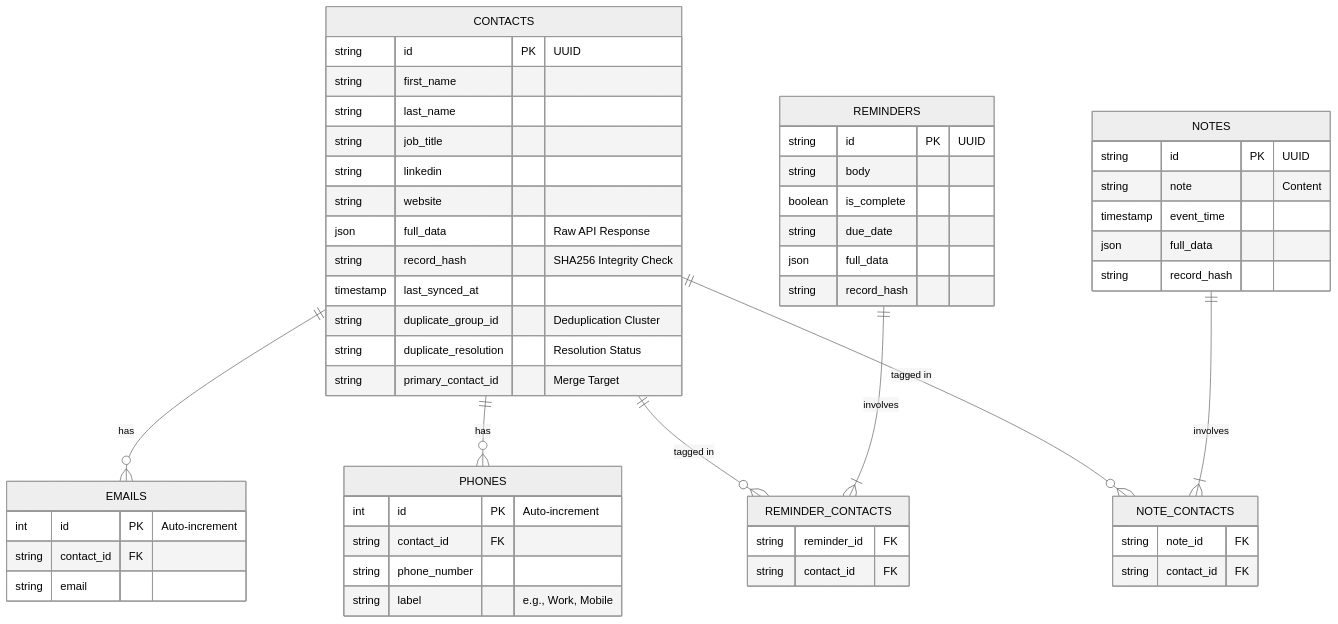
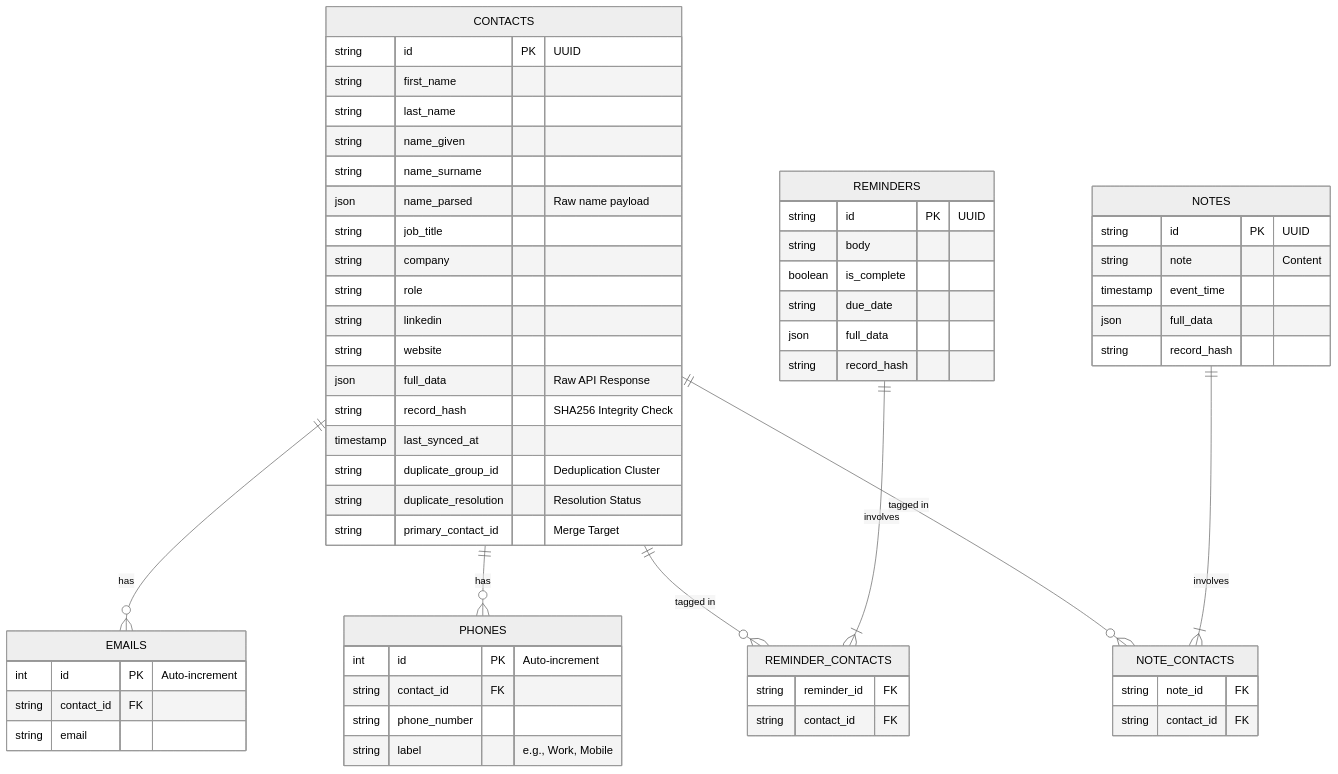
One commit to domfahey/dex-python changed the diagram in docs/planning/schema-erd.md. Above: the diagram before and after it, drawn with Mermaid (neutral theme). The commit also changed 24 other files, not shown here.

````diff
--- a/docs/planning/schema-erd.md
+++ b/docs/planning/schema-erd.md
@@ -5,65 +5,70 @@
 ```mermaid
 erDiagram
     CONTACTS ||--o{ EMAILS : has
     CONTACTS ||--o{ PHONES : has
     CONTACTS ||--o{ REMINDER_CONTACTS : "tagged in"
     CONTACTS ||--o{ NOTE_CONTACTS : "tagged in"
     
     REMINDERS ||--|{ REMINDER_CONTACTS : involves
     NOTES ||--|{ NOTE_CONTACTS : involves
 
     CONTACTS {
         string id PK "UUID"
         string first_name
         string last_name
+        string name_given
+        string name_surname
+        json name_parsed "Raw name payload"
         string job_title
+        string company
+        string role
         string linkedin
         string website
         json full_data "Raw API Response"
         string record_hash "SHA256 Integrity Check"
         timestamp last_synced_at
         string duplicate_group_id "Deduplication Cluster"
         string duplicate_resolution "Resolution Status"
         string primary_contact_id "Merge Target"
     }
 
     EMAILS {
         int id PK "Auto-increment"
         string contact_id FK
         string email
     }
 
     PHONES {
         int id PK "Auto-increment"
         string contact_id FK
         string phone_number
         string label "e.g., Work, Mobile"
     }
 
     REMINDERS {
         string id PK "UUID"
         string body
         boolean is_complete
         string due_date
         json full_data
         string record_hash
     }
 
     NOTES {
         string id PK "UUID"
         string note "Content"
         timestamp event_time
         json full_data
         string record_hash
     }
 
     REMINDER_CONTACTS {
         string reminder_id FK
         string contact_id FK
     }
 
     NOTE_CONTACTS {
         string note_id FK
         string contact_id FK
     }
 ```
````
